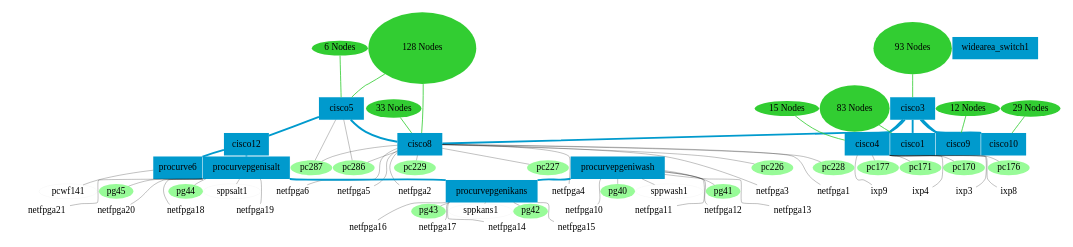
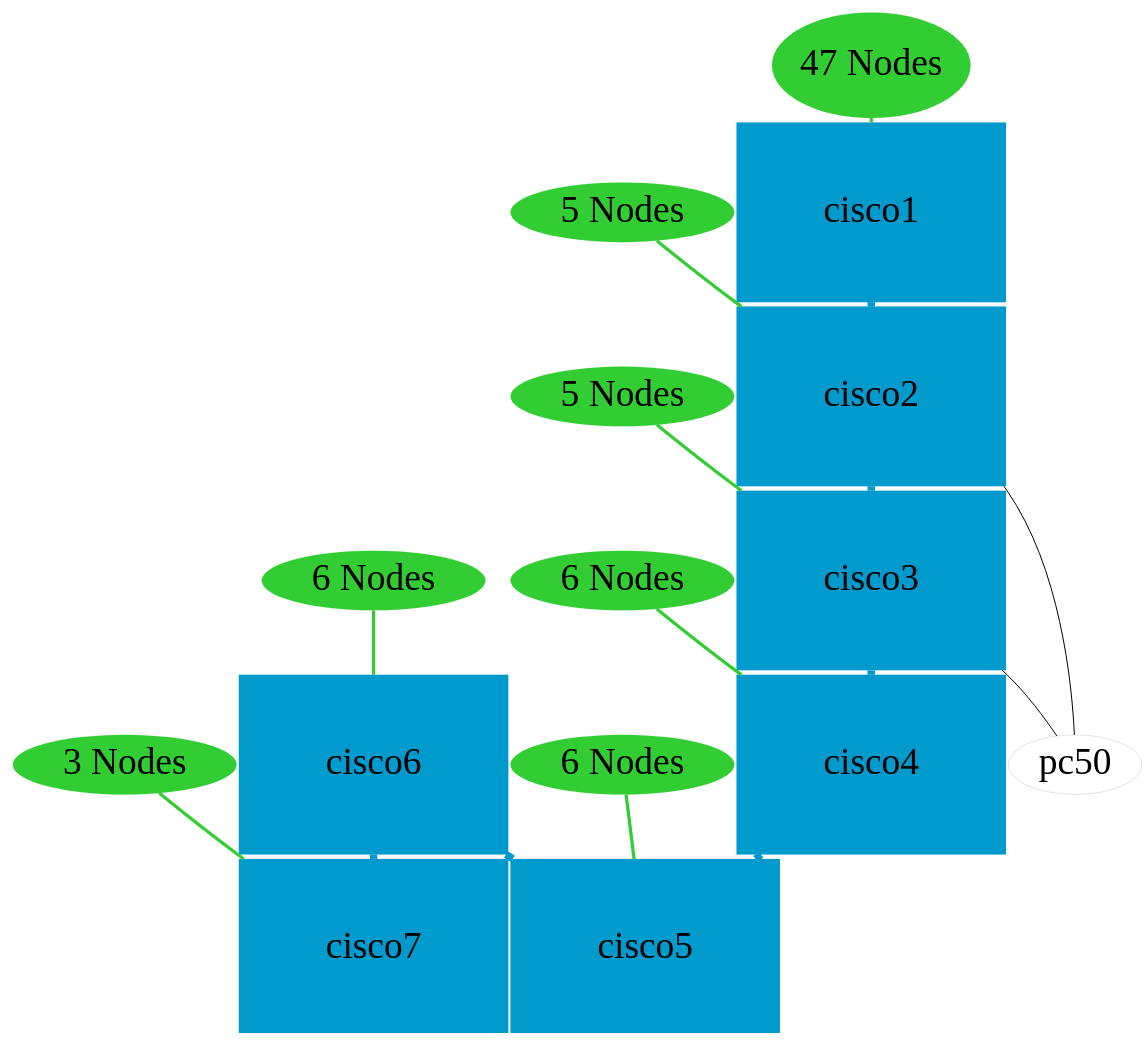
The diagram in protogeni/demo/map/graph/input.dot (senseisimple/emulab-stable), drawn with Graphviz before and after one commit. The commit also changed 447 other files, not shown here.

```diff
--- a/protogeni/demo/map/graph/input.dot
+++ b/protogeni/demo/map/graph/input.dot
@@ -1,152 +1,36 @@
-graph utahemulabcm {
+graph ukgenicm {
 	overlap=scale;
 	size="10,10";
 	fontsize=20;
 	node [fontsize=300];
 	edge [style=bold];
-	cisco3 [shape=box3d, style=filled, color=deepskyblue3, height=10, width=20];
-	cisco1 [shape=box3d, style=filled, color=deepskyblue3, height=10, width=20];
-	cisco4 [shape=box3d, style=filled, color=deepskyblue3, height=10, width=20];
-	cisco5 [shape=box3d, style=filled, color=deepskyblue3, height=10, width=20];
-	cisco8 [shape=box3d, style=filled, color=deepskyblue3, height=10, width=20];
-	cisco9 [shape=box3d, style=filled, color=deepskyblue3, height=10, width=20];
-	cisco10 [shape=box3d, style=filled, color=deepskyblue3, height=10, width=20];
-	cisco12 [shape=box3d, style=filled, color=deepskyblue3, height=10, width=20];
-	procurvepgenisalt [shape=box3d, style=filled, color=deepskyblue3, height=10, width=20];
-	widearea_switch1 [shape=box3d, style=filled, color=deepskyblue3, height=10, width=20];
-	procurve6 [shape=box3d, style=filled, color=deepskyblue3, height=10, width=20];
-	procurvepgeniwash [shape=box3d, style=filled, color=deepskyblue3, height=10, width=20];
-	procurvepgenikans [shape=box3d, style=filled, color=deepskyblue3, height=10, width=20];
-	pg45 [style=filled, color=palegreen];
-	netfpga6 [style=dotted, color=palegreen];
-	pc286 [style=filled, color=palegreen];
-	pc229 [style=filled, color=palegreen];
-	pc177 [style=filled, color=palegreen];
-	netfpga1 [style=dotted, color=palegreen];
-	netfpga16 [style=dotted, color=palegreen];
-	netfpga12 [style=dotted, color=palegreen];
-	ixp9 [style=dotted, color=palegreen];
-	ixp8 [style=dotted, color=palegreen];
-	netfpga20 [style=dotted, color=palegreen];
-	pc226 [style=filled, color=palegreen];
-	netfpga14 [style=dotted, color=palegreen];
-	netfpga4 [style=dotted, color=palegreen];
-	netfpga18 [style=dotted, color=palegreen];
-	netfpga5 [style=dotted, color=palegreen];
-	pg40 [style=filled, color=palegreen];
-	pc287 [style=filled, color=palegreen];
-	pg42 [style=filled, color=palegreen];
-	netfpga17 [style=dotted, color=palegreen];
-	netfpga13 [style=dotted, color=palegreen];
-	netfpga11 [style=dotted, color=palegreen];
-	netfpga21 [style=dotted, color=palegreen];
-	pg43 [style=filled, color=palegreen];
-	netfpga10 [style=dotted, color=palegreen];
-	netfpga2 [style=dotted, color=palegreen];
-	pc227 [style=filled, color=palegreen];
-	pc171 [style=filled, color=palegreen];
-	pg41 [style=filled, color=palegreen];
-	netfpga15 [style=dotted, color=palegreen];
-	ixp3 [style=dotted, color=palegreen];
-	pc170 [style=filled, color=palegreen];
-	netfpga3 [style=dotted, color=palegreen];
-	pc228 [style=filled, color=palegreen];
-	ixp4 [style=dotted, color=palegreen];
-	netfpga19 [style=dotted, color=palegreen];
-	pg44 [style=filled, color=palegreen];
-	pc176 [style=filled, color=palegreen];
-	cisco3 -- cisco1 [style=bold, color=deepskyblue3, penwidth=60, len=0.2, weight=6, width=10, height=10];
-	cisco3 -- cisco8 [style=bold, color=deepskyblue3, penwidth=60, len=0.2, weight=6, width=10, height=10];
-	cisco3 -- cisco9 [style=bold, color=deepskyblue3, penwidth=60, len=0.2, weight=6, width=10, height=10];
-	cisco3 -- cisco10 [style=bold, color=deepskyblue3, penwidth=60, len=0.2, weight=6, width=10, height=10];
+	cisco1 [shape=box3d, style=filled, color=deepskyblue3, height=20, width=30];
+	cisco2 [shape=box3d, style=filled, color=deepskyblue3, height=20, width=30];
+	cisco3 [shape=box3d, style=filled, color=deepskyblue3, height=20, width=30];
+	cisco6 [shape=box3d, style=filled, color=deepskyblue3, height=20, width=30];
+	cisco7 [shape=box3d, style=filled, color=deepskyblue3, height=20, width=30];
+	cisco4 [shape=box3d, style=filled, color=deepskyblue3, height=20, width=30];
+	cisco5 [shape=box3d, style=filled, color=deepskyblue3, height=20, width=30];
+	cisco1 -- cisco2 [style=bold, color=deepskyblue3, penwidth=60, len=0.2, weight=6, width=10, height=10];
+	cisco2 -- pc50 [penwidth=8, len=0.3, weight=.8];
+	cisco2 -- cisco3 [style=bold, color=deepskyblue3, penwidth=60, len=0.2, weight=6, width=10, height=10];
+	cisco3 -- pc50 [penwidth=8, len=0.3, weight=.8];
 	cisco3 -- cisco4 [style=bold, color=deepskyblue3, penwidth=60, len=0.2, weight=6, width=10, height=10];
-	cisco4 -- pc170 [penwidth=8, len=0.3, weight=.8];
-	cisco4 -- pc171 [penwidth=8, len=0.3, weight=.8];
-	cisco4 -- ixp3 [penwidth=8, len=0.3, weight=.8];
-	cisco4 -- ixp4 [penwidth=8, len=0.3, weight=.8];
-	cisco4 -- pc176 [penwidth=8, len=0.3, weight=.8];
-	cisco4 -- pc177 [penwidth=8, len=0.3, weight=.8];
-	cisco4 -- ixp8 [penwidth=8, len=0.3, weight=.8];
-	cisco4 -- ixp9 [penwidth=8, len=0.3, weight=.8];
-	cisco5 -- pc286 [penwidth=8, len=0.3, weight=.8];
-	cisco5 -- pc287 [penwidth=8, len=0.3, weight=.8];
-	cisco5 -- cisco12 [style=bold, color=deepskyblue3, penwidth=60, len=0.2, weight=6, width=10, height=10];
-	cisco5 -- cisco8 [style=bold, color=deepskyblue3, penwidth=60, len=0.2, weight=6, width=10, height=10];
-	cisco8 -- netfpga6 [penwidth=8, len=0.3, weight=.8];
-	cisco8 -- netfpga2 [penwidth=8, len=0.3, weight=.8];
-	cisco8 -- netfpga1 [penwidth=8, len=0.3, weight=.8];
-	cisco8 -- pc228 [penwidth=8, len=0.3, weight=.8];
-	cisco8 -- netfpga3 [penwidth=8, len=0.3, weight=.8];
-	cisco8 -- netfpga4 [penwidth=8, len=0.3, weight=.8];
-	cisco8 -- pc226 [penwidth=8, len=0.3, weight=.8];
-	cisco8 -- pc227 [penwidth=8, len=0.3, weight=.8];
-	cisco8 -- pc229 [penwidth=8, len=0.3, weight=.8];
-	cisco8 -- pc286 [penwidth=8, len=0.3, weight=.8];
-	cisco8 -- pc287 [penwidth=8, len=0.3, weight=.8];
-	cisco8 -- netfpga5 [penwidth=8, len=0.3, weight=.8];
-	cisco12 -- procurvepgenisalt [style=bold, color=deepskyblue3, penwidth=60, len=0.2, weight=6, width=10, height=10];
-	cisco12 -- procurve6 [style=bold, color=deepskyblue3, penwidth=60, len=0.2, weight=6, width=10, height=10];
-	procurvepgenisalt -- pg45 [penwidth=8, len=0.3, weight=.8];
-	procurvepgenisalt -- netfpga18 [penwidth=8, len=0.3, weight=.8];
-	procurvepgenisalt -- netfpga20 [penwidth=8, len=0.3, weight=.8];
-	procurvepgenisalt -- netfpga21 [penwidth=8, len=0.3, weight=.8];
-	procurvepgenisalt -- netfpga19 [penwidth=8, len=0.3, weight=.8];
-	procurvepgenisalt -- pg44 [penwidth=8, len=0.3, weight=.8];
-	procurvepgenisalt -- sppsalt1 [penwidth=8, len=0.3, weight=.8];
-	procurvepgenisalt -- procurvepgenikans [style=bold, color=deepskyblue3, penwidth=60, len=0.2, weight=6, width=10, height=10];
-	procurve6 -- pcwf141 [penwidth=8, len=0.3, weight=.8];
-	procurvepgeniwash -- pg40 [penwidth=8, len=0.3, weight=.8];
-	procurvepgeniwash -- pg41 [penwidth=8, len=0.3, weight=.8];
-	procurvepgeniwash -- netfpga10 [penwidth=8, len=0.3, weight=.8];
-	procurvepgeniwash -- netfpga11 [penwidth=8, len=0.3, weight=.8];
-	procurvepgeniwash -- netfpga12 [penwidth=8, len=0.3, weight=.8];
-	procurvepgeniwash -- netfpga13 [penwidth=8, len=0.3, weight=.8];
-	procurvepgeniwash -- sppwash1 [penwidth=8, len=0.3, weight=.8];
-	procurvepgeniwash -- procurvepgenikans [style=bold, color=deepskyblue3, penwidth=60, len=0.2, weight=6, width=10, height=10];
-	procurvepgenikans -- netfpga14 [penwidth=8, len=0.3, weight=.8];
-	procurvepgenikans -- pg42 [penwidth=8, len=0.3, weight=.8];
-	procurvepgenikans -- pg43 [penwidth=8, len=0.3, weight=.8];
-	procurvepgenikans -- netfpga15 [penwidth=8, len=0.3, weight=.8];
-	procurvepgenikans -- netfpga16 [penwidth=8, len=0.3, weight=.8];
-	procurvepgenikans -- netfpga17 [penwidth=8, len=0.3, weight=.8];
-	procurvepgenikans -- sppkans1 [penwidth=8, len=0.3, weight=.8];
-	pg45 -- netfpga20 [style=dotted, len=0.1, weight=5, penwidth=2, color=palegreen1];
-	pg45 -- netfpga21 [style=dotted, len=0.1, weight=5, penwidth=2, color=palegreen1];
-	pc286 -- netfpga5 [style=dotted, len=0.1, weight=5, penwidth=2, color=palegreen1];
-	pc229 -- netfpga2 [style=dotted, len=0.1, weight=5, penwidth=2, color=palegreen1];
-	pc177 -- ixp9 [style=dotted, len=0.1, weight=5, penwidth=2, color=palegreen1];
-	pc226 -- netfpga3 [style=dotted, len=0.1, weight=5, penwidth=2, color=palegreen1];
-	pg40 -- netfpga11 [style=dotted, len=0.1, weight=5, penwidth=2, color=palegreen1];
-	pg40 -- netfpga10 [style=dotted, len=0.1, weight=5, penwidth=2, color=palegreen1];
-	pc287 -- netfpga6 [style=dotted, len=0.1, weight=5, penwidth=2, color=palegreen1];
-	pg42 -- netfpga14 [style=dotted, len=0.1, weight=5, penwidth=2, color=palegreen1];
-	pg42 -- netfpga15 [style=dotted, len=0.1, weight=5, penwidth=2, color=palegreen1];
-	pg43 -- netfpga16 [style=dotted, len=0.1, weight=5, penwidth=2, color=palegreen1];
-	pg43 -- netfpga17 [style=dotted, len=0.1, weight=5, penwidth=2, color=palegreen1];
-	pc227 -- netfpga4 [style=dotted, len=0.1, weight=5, penwidth=2, color=palegreen1];
-	pc171 -- ixp4 [style=dotted, len=0.1, weight=5, penwidth=2, color=palegreen1];
-	pg41 -- netfpga12 [style=dotted, len=0.1, weight=5, penwidth=2, color=palegreen1];
-	pg41 -- netfpga13 [style=dotted, len=0.1, weight=5, penwidth=2, color=palegreen1];
-	pc170 -- ixp3 [style=dotted, len=0.1, weight=5, penwidth=2, color=palegreen1];
-	pc228 -- netfpga1 [style=dotted, len=0.1, weight=5, penwidth=2, color=palegreen1];
-	pg44 -- netfpga18 [style=dotted, len=0.1, weight=5, penwidth=2, color=palegreen1];
-	pg44 -- netfpga19 [style=dotted, len=0.1, weight=5, penwidth=2, color=palegreen1];
-	pc176 -- ixp8 [style=dotted, len=0.1, weight=5, penwidth=2, color=palegreen1];
-	pc3 [style=filled, height=20.75, width=31.125, color=limegreen, label="83 Nodes"];
+	cisco6 -- cisco7 [style=bold, color=deepskyblue3, penwidth=60, len=0.2, weight=6, width=10, height=10];
+	cisco6 -- cisco5 [style=bold, color=deepskyblue3, penwidth=60, len=0.2, weight=6, width=10, height=10];
+	cisco4 -- cisco5 [style=bold, color=deepskyblue3, penwidth=60, len=0.2, weight=6, width=10, height=10];
+	pc3 [style=filled, height=11.75, width=17.625, color=limegreen, label="47 Nodes"];
 	pc3 -- cisco1 [style=bold, color=limegreen, penwidth=26, len=0.35, weight=2];
-	pc320 [style=filled, height=32, width=48, color=limegreen, label="128 Nodes"];
-	pc320 -- cisco5 [style=bold, color=limegreen, penwidth=26, len=0.35, weight=2];
-	pc320 -- cisco8 [style=bold, color=limegreen, penwidth=26, len=0.35, weight=2];
-	pcwf163 [style=filled, height=7.25, width=10.875, color=limegreen, label="29 Nodes"];
-	pcwf163 -- cisco10 [style=bold, color=limegreen, penwidth=26, len=0.35, weight=2];
-	pc236 [style=filled, height=8.25, width=12.375, color=limegreen, label="33 Nodes"];
-	pc236 -- cisco8 [style=bold, color=limegreen, penwidth=26, len=0.35, weight=2];
-	pcwf3 [style=filled, height=3, width=4.5, color=limegreen, label="12 Nodes"];
-	pcwf3 -- cisco9 [style=bold, color=limegreen, penwidth=26, len=0.35, weight=2];
-	pc41 [style=filled, height=23.25, width=34.875, color=limegreen, label="93 Nodes"];
-	pc41 -- cisco3 [style=bold, color=limegreen, penwidth=26, len=0.35, weight=2];
-	pc393 [style=filled, height=1.5, width=2.25, color=limegreen, label="6 Nodes"];
-	pc393 -- cisco5 [style=bold, color=limegreen, penwidth=26, len=0.35, weight=2];
-	pc139 [style=filled, height=3.75, width=5.625, color=limegreen, label="15 Nodes"];
-	pc139 -- cisco4 [style=bold, color=limegreen, penwidth=26, len=0.35, weight=2];
+	pc73 [style=filled, height=1.5, width=2.25, color=limegreen, label="6 Nodes"];
+	pc73 -- cisco6 [style=bold, color=limegreen, penwidth=26, len=0.35, weight=2];
+	pc70 [style=filled, height=1.5, width=2.25, color=limegreen, label="6 Nodes"];
+	pc70 -- cisco5 [style=bold, color=limegreen, penwidth=26, len=0.35, weight=2];
+	pc77 [style=filled, height=0.75, width=1.125, color=limegreen, label="3 Nodes"];
+	pc77 -- cisco7 [style=bold, color=limegreen, penwidth=26, len=0.35, weight=2];
+	pc51 [style=filled, height=1.25, width=1.875, color=limegreen, label="5 Nodes"];
+	pc51 -- cisco2 [style=bold, color=limegreen, penwidth=26, len=0.35, weight=2];
+	pc62 [style=filled, height=1.5, width=2.25, color=limegreen, label="6 Nodes"];
+	pc62 -- cisco4 [style=bold, color=limegreen, penwidth=26, len=0.35, weight=2];
+	pc58 [style=filled, height=1.25, width=1.875, color=limegreen, label="5 Nodes"];
+	pc58 -- cisco3 [style=bold, color=limegreen, penwidth=26, len=0.35, weight=2];
 }
```
